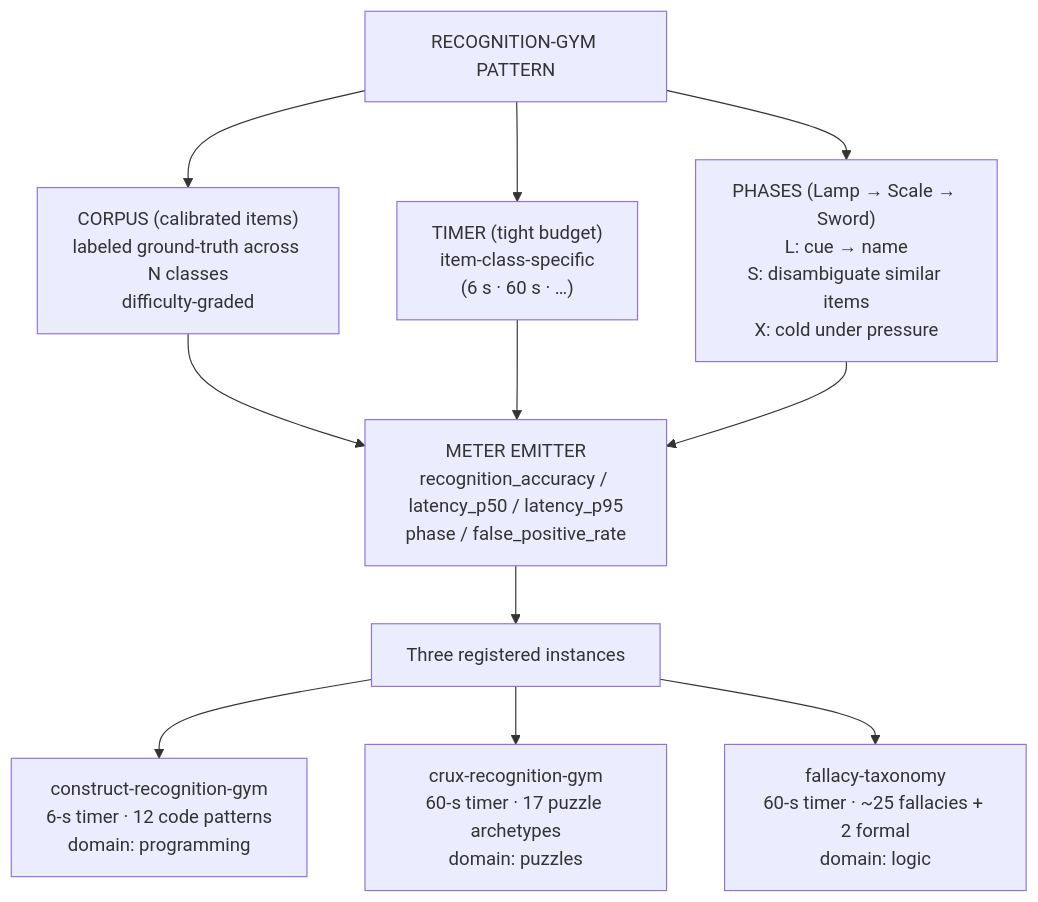
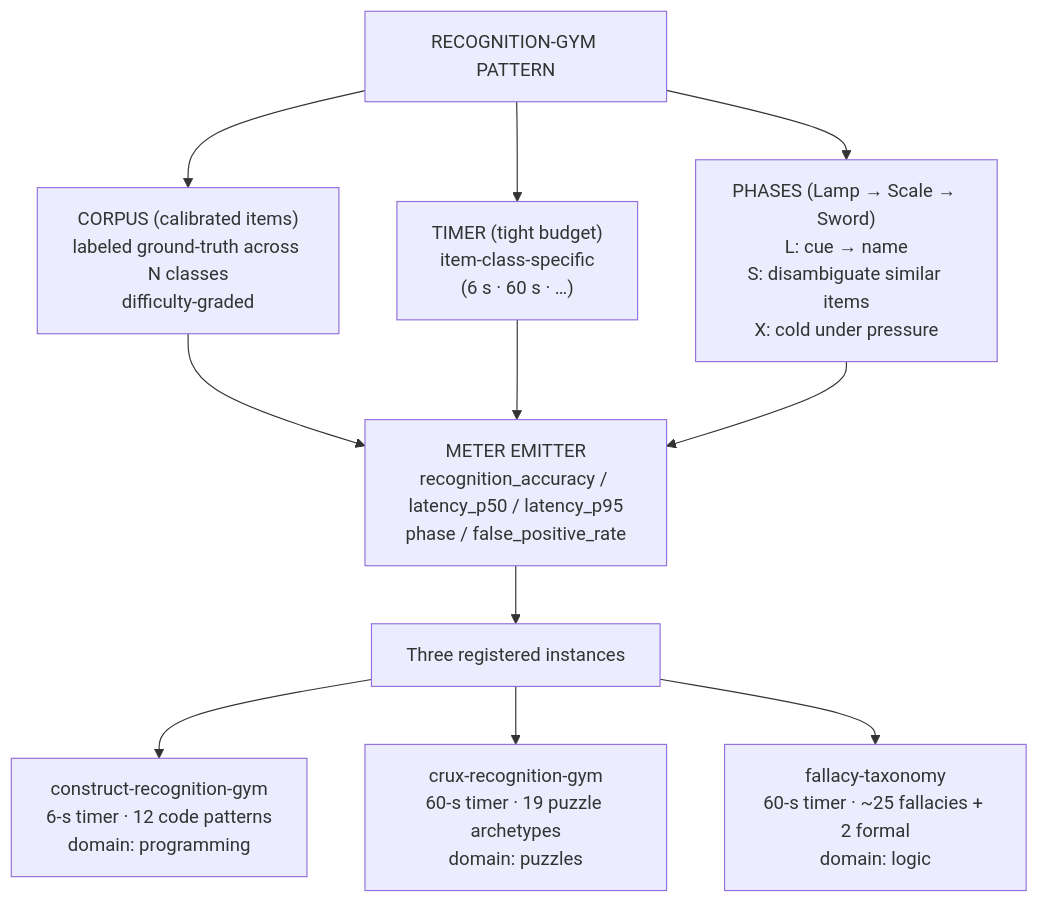
Before and after one commit to DavidTbilisi/memory-palace-lab: the diagram in theSystem/wiki/recognition-gym-pattern.md, drawn with Mermaid. The commit also changed other lines of this file and 71 other files, not shown here.

````diff
--- a/theSystem/wiki/recognition-gym-pattern.md
+++ b/theSystem/wiki/recognition-gym-pattern.md
@@ -61,15 +61,15 @@
 ```mermaid
 graph TD
     ROOT["RECOGNITION-GYM PATTERN"]
     ROOT --> CORPUS["CORPUS (calibrated items)<br/>labeled ground-truth across N classes<br/>difficulty-graded"]
     ROOT --> TIMER["TIMER (tight budget)<br/>item-class-specific<br/>(6 s · 60 s · …)"]
     ROOT --> PHASES["PHASES (Lamp → Scale → Sword)<br/>L: cue → name<br/>S: disambiguate similar items<br/>X: cold under pressure"]
     METER["METER EMITTER<br/>recognition_accuracy / latency_p50 / latency_p95<br/>phase / false_positive_rate"]
     CORPUS --> METER
     TIMER --> METER
     PHASES --> METER
     METER --> INST["Three registered instances"]
     INST --> C1["construct-recognition-gym<br/>6-s timer · 12 code patterns<br/>domain: programming"]
-    INST --> C2["crux-recognition-gym<br/>60-s timer · 17 puzzle archetypes<br/>domain: puzzles"]
+    INST --> C2["crux-recognition-gym<br/>60-s timer · 19 puzzle archetypes<br/>domain: puzzles"]
     INST --> C3["fallacy-taxonomy<br/>60-s timer · ~25 fallacies + 2 formal<br/>domain: logic"]
 ```
````
